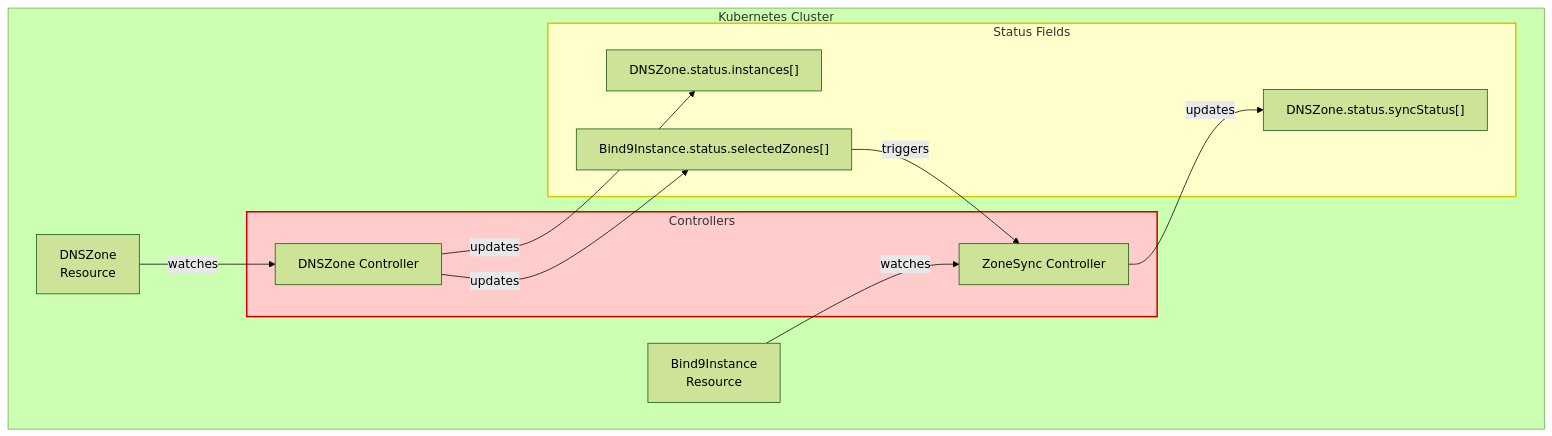
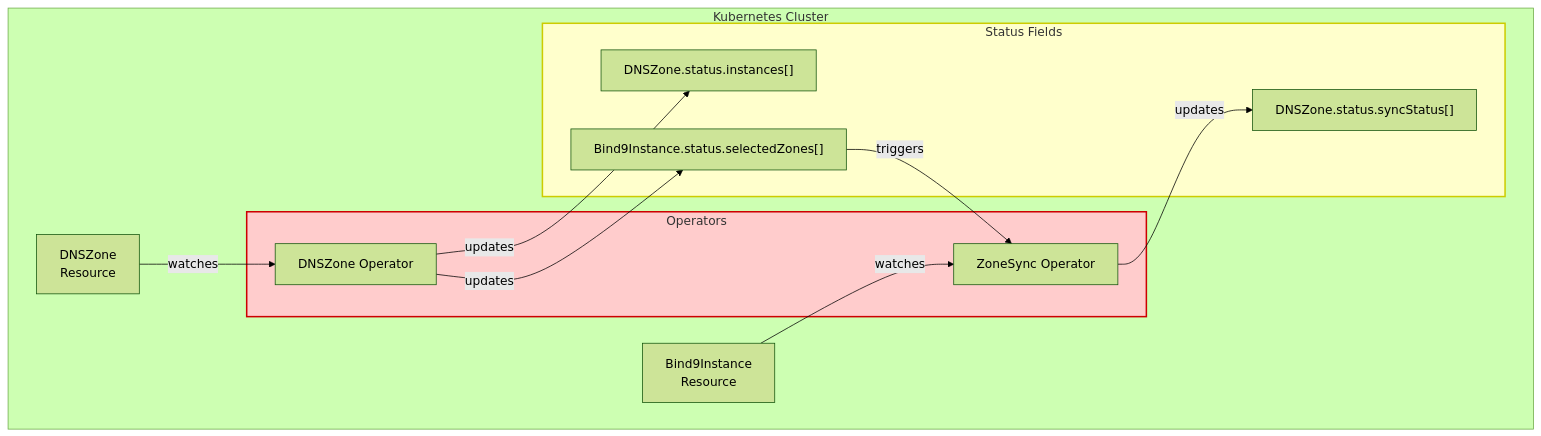
The first of 7 diagrams in docs/src/concepts/dnszone-controller-architecture.md (firestoned/bindy), drawn with Mermaid (forest theme) before and after one commit. The commit also changed other lines of this file and 150 other files, not shown here.

Commit message:
Change the occurences from controller to operator (#83)

````diff
--- a/docs/src/concepts/dnszone-controller-architecture.md
+++ b/docs/src/concepts/dnszone-controller-architecture.md
@@ -17,28 +17,28 @@
 ```mermaid
 graph TB
     subgraph k8s["Kubernetes Cluster"]
         dnszone["DNSZone<br/>Resource"]
         instance["Bind9Instance<br/>Resource"]
         
-        subgraph controllers["Controllers"]
-            dnszoneCtrl["DNSZone Controller"]
-            zonesyncCtrl["ZoneSync Controller"]
+        subgraph operators["Operators"]
+            dnszoneCtrl["DNSZone Operator"]
+            zonesyncCtrl["ZoneSync Operator"]
         end
         
         subgraph status["Status Fields"]
             s1["DNSZone.status.instances[]"]
             s2["DNSZone.status.syncStatus[]"]
             s3["Bind9Instance.status.selectedZones[]"]
         end
     end
     
     dnszone -->|watches| dnszoneCtrl
     instance -->|watches| zonesyncCtrl
     dnszoneCtrl -->|updates| s1
     zonesyncCtrl -->|updates| s2
     dnszoneCtrl -->|updates| s3
     s3 -->|triggers| zonesyncCtrl
     
-    style controllers fill:#ffcccc,stroke:#cc0000,stroke-width:2px
+    style operators fill:#ffcccc,stroke:#cc0000,stroke-width:2px
     style status fill:#ffffcc,stroke:#cccc00,stroke-width:2px
 ```
````
